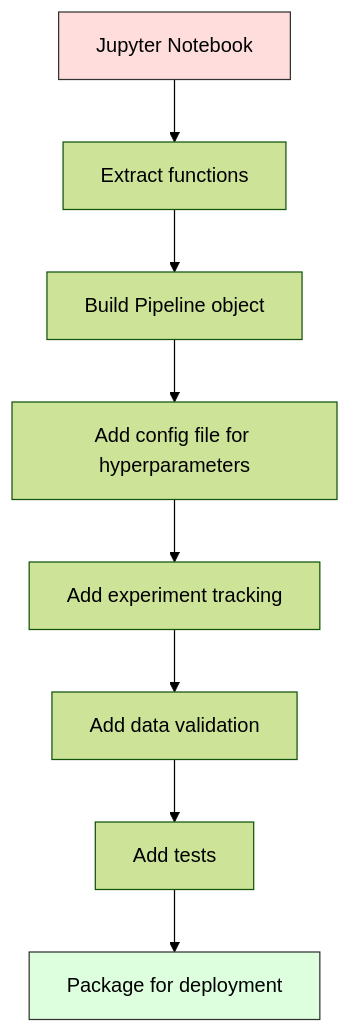
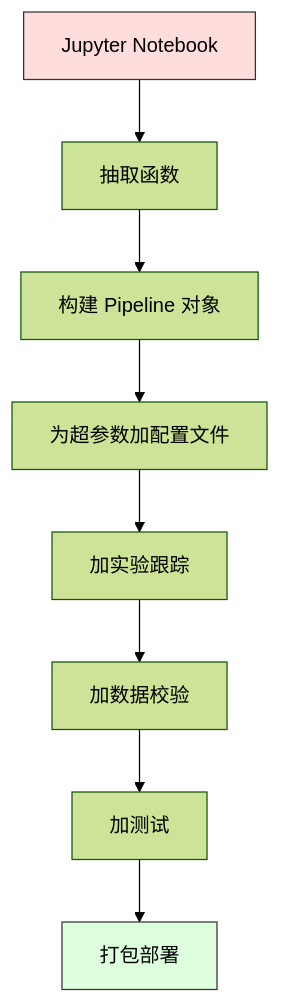
One commit to alessandrodinisio-ai/ai-engineering-learning-framework changed the second of 2 diagrams in phases/02-ml-fundamentals/13-ml-pipelines/docs/en.md. Above: the diagram before and after it, drawn with Mermaid (forest theme). The commit also changed other lines of this file and 443 other files, not shown here.

First line of the commit message:
feat(zh): 完成 435 节课程文档 + README/ROADMAP/术语表 + 网站 UI 全量中文化

````diff
--- a/phases/02-ml-fundamentals/13-ml-pipelines/docs/en.md
+++ b/phases/02-ml-fundamentals/13-ml-pipelines/docs/en.md
@@ -225,13 +225,13 @@
 ```mermaid
 flowchart TD
-    A[Jupyter Notebook] --> B[Extract functions]
-    B --> C[Build Pipeline object]
-    C --> D[Add config file for hyperparameters]
-    D --> E[Add experiment tracking]
-    E --> F[Add data validation]
-    F --> G[Add tests]
-    G --> H[Package for deployment]
+    A[Jupyter Notebook] --> B[抽取函数]
+    B --> C[构建 Pipeline 对象]
+    C --> D[为超参数加配置文件]
+    D --> E[加实验跟踪]
+    E --> F[加数据校验]
+    F --> G[加测试]
+    G --> H[打包部署]
 
     style A fill:#fdd,stroke:#333
     style H fill:#dfd,stroke:#333
 ```
````
